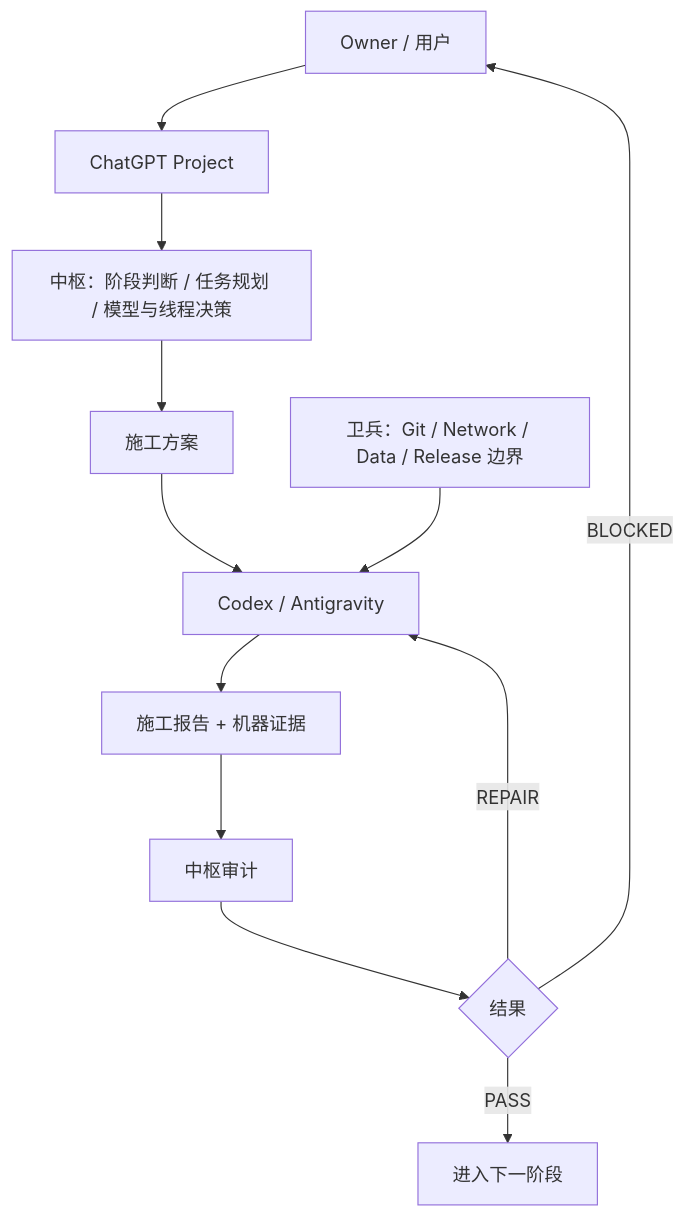
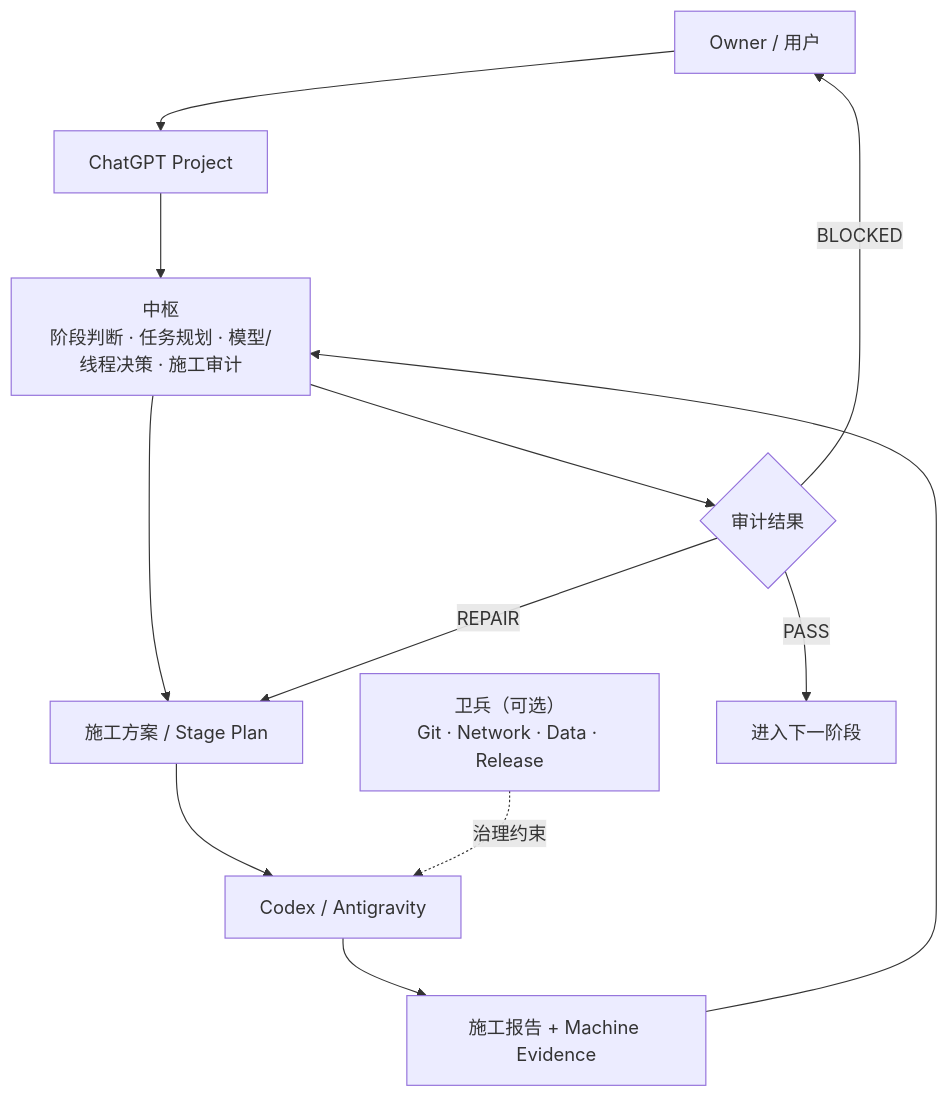
Before and after one commit to liwenyajiaoshou/zhongshu-agent-orchestrator: the first of 2 diagrams in README.md, drawn with Mermaid. The commit also changed other lines of this file, not shown here.

Commit message:
Upgrade Zhongshu GitHub project presentation

````diff
--- a/README.md
+++ b/README.md
@@ -24,14 +35,18 @@
 ```mermaid
 flowchart TD
     U[Owner / 用户] --> P[ChatGPT Project]
-    P --> Z1[中枢：阶段判断 / 任务规划 / 模型与线程决策]
-    Z1 --> Plan[施工方案]
-    Plan --> A[Codex / Antigravity]
-    G[卫兵：Git / Network / Data / Release 边界] --> A
-    A --> E[施工报告 + 机器证据]
-    E --> Z2[中枢审计]
-    Z2 --> R{结果}
+    P --> Z[中枢<br/>阶段判断 · 任务规划 · 模型/线程决策 · 施工审计]
+
+    Z --> PLAN[施工方案 / Stage Plan]
+    PLAN --> A[Codex / Antigravity]
+
+    G[卫兵（可选）<br/>Git · Network · Data · Release] -.治理约束.-> A
+
+    A --> E[施工报告 + Machine Evidence]
+    E --> Z
+
+    Z --> R{审计结果}
     R -->|PASS| N[进入下一阶段]
-    R -->|REPAIR| A
+    R -->|REPAIR| PLAN
     R -->|BLOCKED| U
 ```
````
